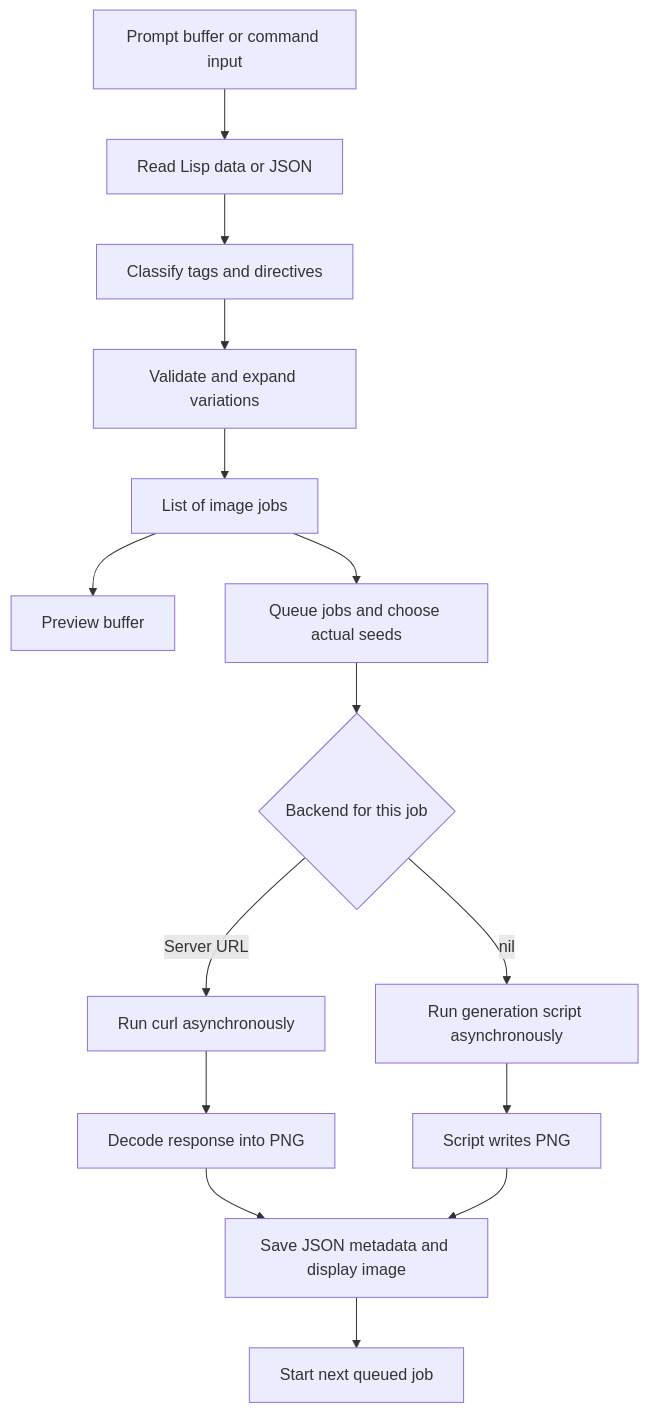
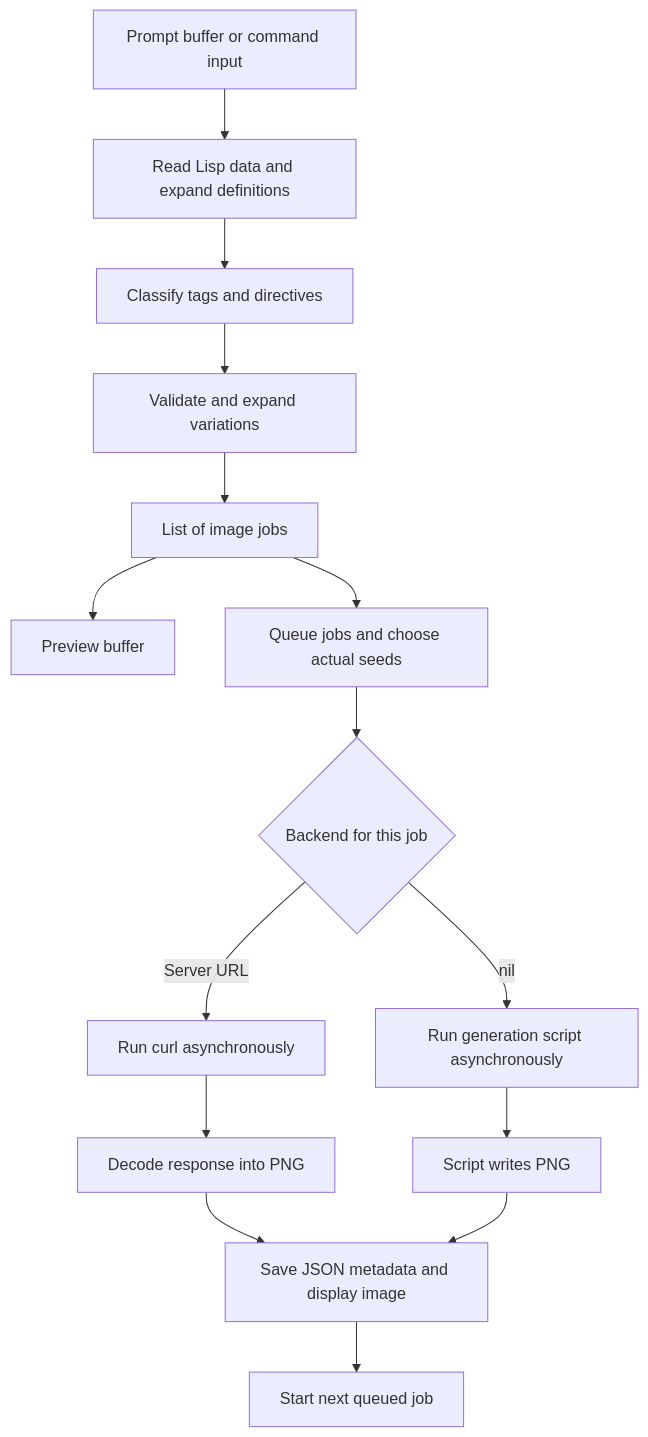
One commit to ojari/home_config changed the first of 5 diagrams in lisp/danbooru-explained.md. Above: the diagram before and after it, drawn with Mermaid. The commit also changed other lines of this file and 5 other files, not shown here.

````diff
--- a/lisp/danbooru-explained.md
+++ b/lisp/danbooru-explained.md
@@ -26,17 +26,17 @@
 ```mermaid
 flowchart TD
-    A[Prompt buffer or command input] --> B[Read Lisp data or JSON]
+    A[Prompt buffer or command input] --> B[Read Lisp data and expand definitions]
     B --> C[Classify tags and directives]
     C --> D[Validate and expand variations]
     D --> E[List of image jobs]
     E --> F[Preview buffer]
     E --> G[Queue jobs and choose actual seeds]
     G --> H{Backend for this job}
     H -->|Server URL| I[Run curl asynchronously]
     H -->|nil| J[Run generation script asynchronously]
     I --> K[Decode response into PNG]
     J --> L[Script writes PNG]
     K --> M[Save JSON metadata and display image]
     L --> M
     M --> N[Start next queued job]
 ```
````
